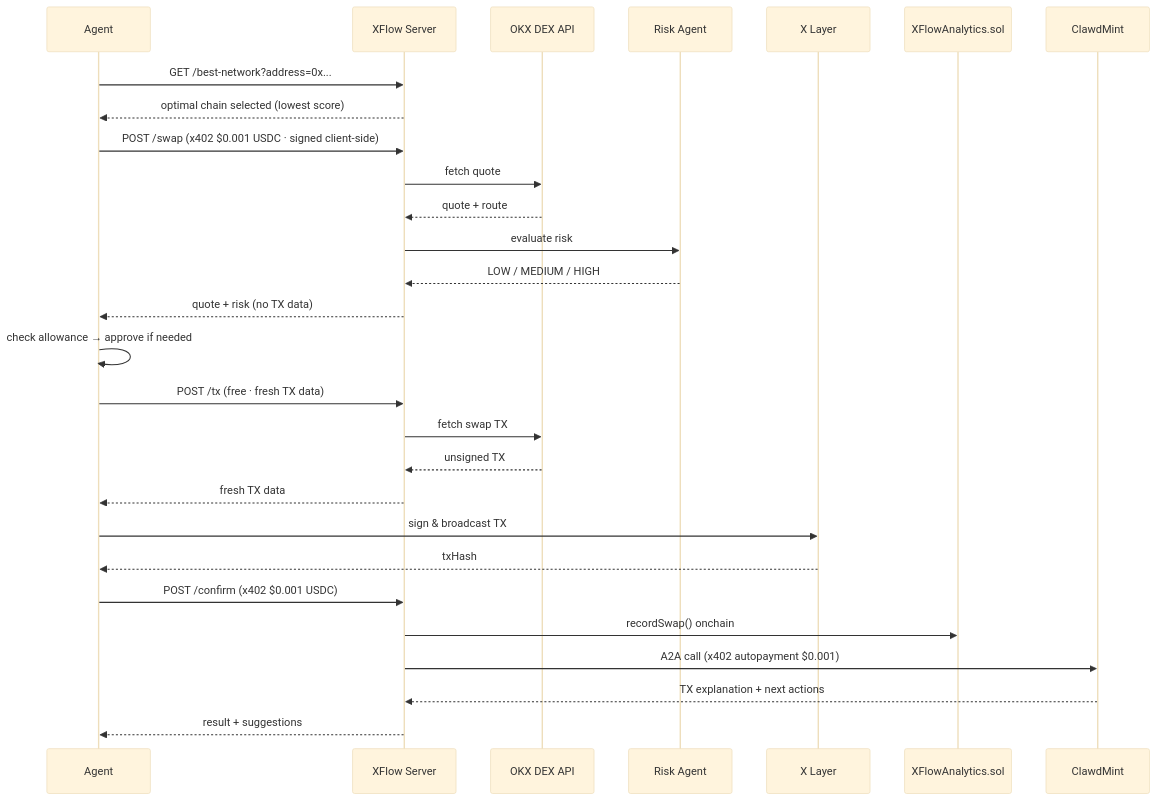
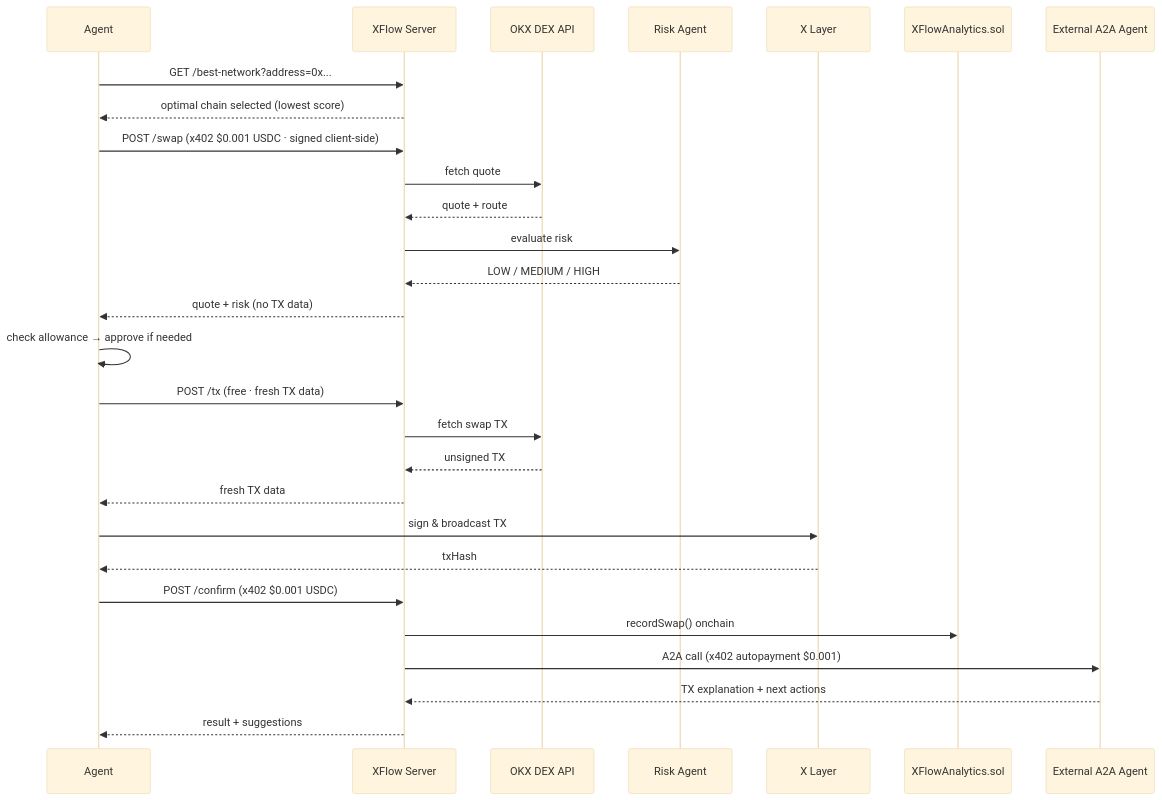
The diagram in README.md (cryptohakka/xflow), drawn with Mermaid (base theme) before and after one commit. The commit also changed other lines of this file and 4 other files, not shown here.

Commit message:
docs: fix gas model table for A2A agent call

````diff
--- a/README.md
+++ b/README.md
@@ -162,35 +232,35 @@
 ```mermaid
 sequenceDiagram
     participant Agent
     participant XFlow as XFlow Server
     participant OKX as OKX DEX API
     participant Risk as Risk Agent
     participant Chain as X Layer
     participant Analytics as XFlowAnalytics.sol
-    participant ClawdMint
+    participant A2A as External A2A Agent
 
     Agent->>XFlow: GET /best-network?address=0x...
     XFlow-->>Agent: optimal chain selected (lowest score)
 
     Agent->>XFlow: POST /swap (x402 $0.001 USDC · signed client-side)
     XFlow->>OKX: fetch quote
     OKX-->>XFlow: quote + route
     XFlow->>Risk: evaluate risk
     Risk-->>XFlow: LOW / MEDIUM / HIGH
     XFlow-->>Agent: quote + risk (no TX data)
 
     Agent->>Agent: check allowance → approve if needed
     Agent->>XFlow: POST /tx (free · fresh TX data)
     XFlow->>OKX: fetch swap TX
     OKX-->>XFlow: unsigned TX
     XFlow-->>Agent: fresh TX data
 
     Agent->>Chain: sign & broadcast TX
     Chain-->>Agent: txHash
 
     Agent->>XFlow: POST /confirm (x402 $0.001 USDC)
     XFlow->>Analytics: recordSwap() onchain
-    XFlow->>ClawdMint: A2A call (x402 autopayment $0.001)
-    ClawdMint-->>XFlow: TX explanation + next actions
+    XFlow->>A2A: A2A call (x402 autopayment $0.001)
+    A2A-->>XFlow: TX explanation + next actions
     XFlow-->>Agent: result + suggestions
 ```
````
